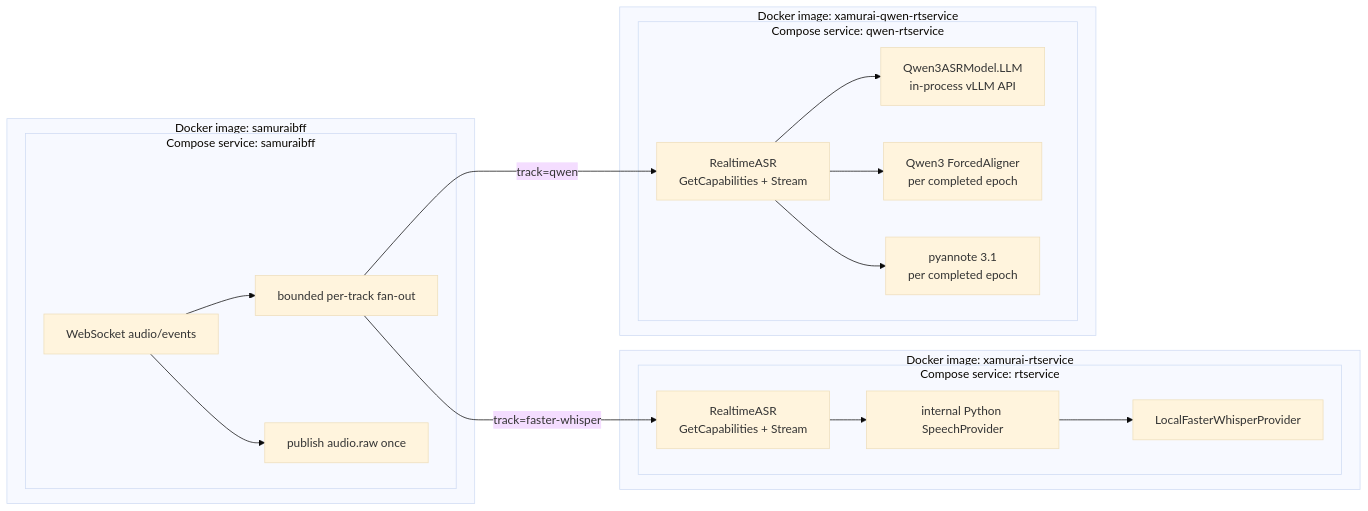
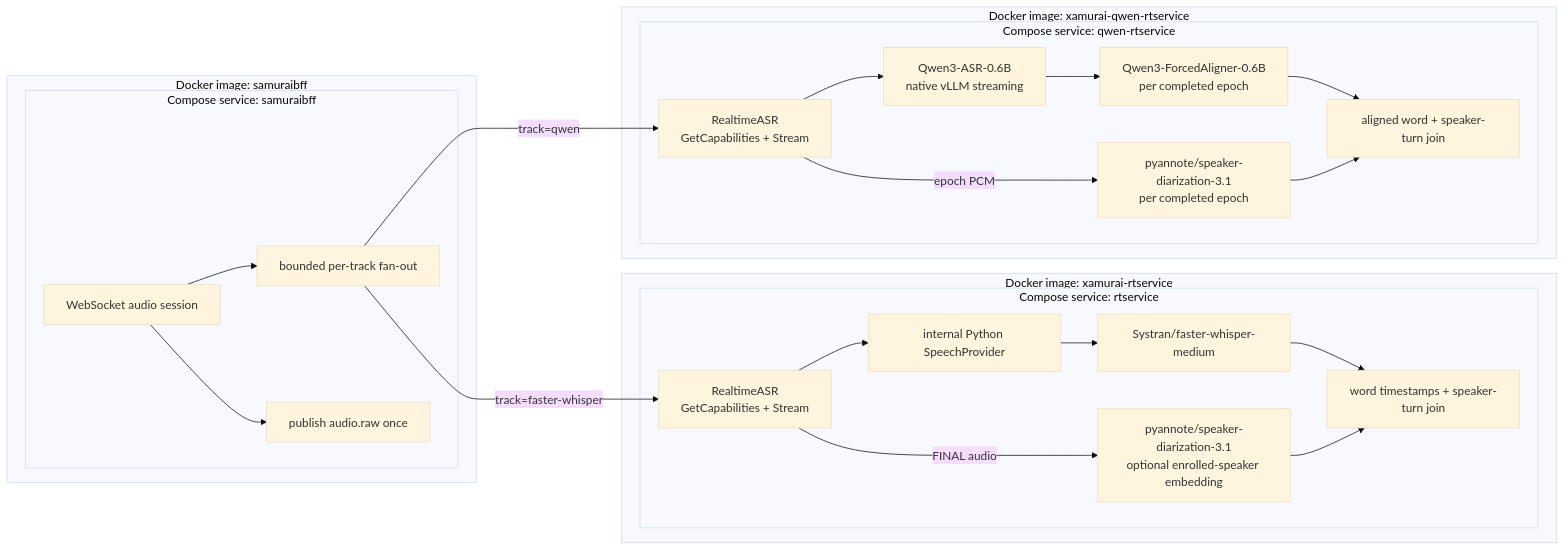
One commit to nanosamurai/xamurai changed the diagram in docs/modular-asr-providers.md. Above: the diagram before and after it, drawn with Mermaid (base theme). The commit also changed other lines of this file and 1 other file, not shown here.

Commit message:
Document realtime provider architecture

````diff
--- a/docs/modular-asr-providers.md
+++ b/docs/modular-asr-providers.md
@@ -8,36 +11,39 @@
 ```mermaid
 flowchart LR
     subgraph bffImage["Docker image: samuraibff"]
         subgraph bffService["Compose service: samuraibff"]
-            WS["WebSocket audio/events"]
+            WS["WebSocket audio session"]
             Fanout["bounded per-track fan-out"]
             KafkaOnce["publish audio.raw once"]
         end
     end
 
     subgraph fasterImage["Docker image: xamurai-rtservice"]
         subgraph fasterService["Compose service: rtservice"]
             FasterAPI["RealtimeASR\nGetCapabilities + Stream"]
             SpeechProvider["internal Python SpeechProvider"]
-            Faster["LocalFasterWhisperProvider"]
+            Faster["Systran/faster-whisper-medium"]
+            FasterDiar["pyannote/speaker-diarization-3.1\noptional enrolled-speaker embedding"]
+            FasterJoin["word timestamps + speaker-turn join"]
         end
     end
 
     subgraph qwenImage["Docker image: xamurai-qwen-rtservice"]
         subgraph qwenService["Compose service: qwen-rtservice"]
             QwenAPI["RealtimeASR\nGetCapabilities + Stream"]
-            QwenBackend["Qwen3ASRModel.LLM\nin-process vLLM API"]
-            QwenAligner["Qwen3 ForcedAligner\nper completed epoch"]
-            QwenDiar["pyannote 3.1\nper completed epoch"]
+            QwenBackend["Qwen3-ASR-0.6B\nnative vLLM streaming"]
+            QwenAligner["Qwen3-ForcedAligner-0.6B\nper completed epoch"]
+            QwenDiar["pyannote/speaker-diarization-3.1\nper completed epoch"]
+            QwenJoin["aligned word + speaker-turn join"]
         end
     end
 
     WS --> Fanout
     WS --> KafkaOnce
     Fanout -->|"track=faster-whisper"| FasterAPI
     Fanout -->|"track=qwen"| QwenAPI
-    FasterAPI --> SpeechProvider --> Faster
-    QwenAPI --> QwenBackend
-    QwenAPI --> QwenAligner
-    QwenAPI --> QwenDiar
+    FasterAPI --> SpeechProvider --> Faster --> FasterJoin
+    FasterAPI -->|"FINAL audio"| FasterDiar --> FasterJoin
+    QwenAPI --> QwenBackend --> QwenAligner --> QwenJoin
+    QwenAPI -->|"epoch PCM"| QwenDiar --> QwenJoin
 ```
````
